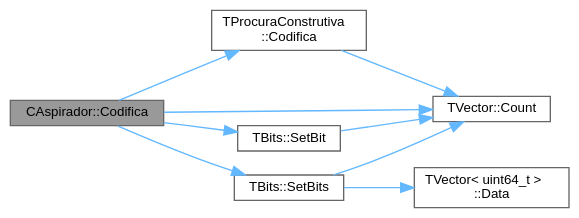
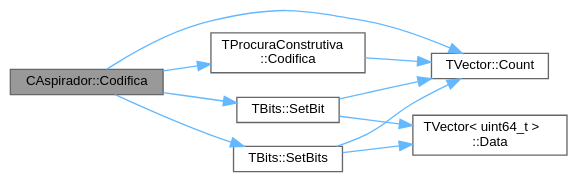
The diagram in classCAspirador_ad7297465671c94a4311fdf79c83df9f7_cgraph.dot (jcoelho72/TProcura), drawn with Graphviz before and after one commit. The commit also changed 34 other files, not shown here.

```diff
--- a/classCAspirador_ad7297465671c94a4311fdf79c83df9f7_cgraph.dot
+++ b/classCAspirador_ad7297465671c94a4311fdf79c83df9f7_cgraph.dot
@@ -1,22 +1,23 @@
 digraph "CAspirador::Codifica"
 {
  // LATEX_PDF_SIZE
   bgcolor="transparent";
   edge [fontname=Helvetica,fontsize=10,labelfontname=Helvetica,labelfontsize=10];
   node [fontname=Helvetica,fontsize=10,shape=box,height=0.2,width=0.4];
   rankdir="LR";
   Node1 [id="Node000001",label="CAspirador::Codifica",height=0.2,width=0.4,color="gray40", fillcolor="grey60", style="filled", fontcolor="black",tooltip="Codifica o estado para um vetor de inteiros de 64 bits."];
   Node1 -> Node2 [id="edge1_Node000001_Node000002",color="steelblue1",style="solid",tooltip=" "];
   Node2 [id="Node000002",label="TProcuraConstrutiva\l::Codifica",height=0.2,width=0.4,color="grey40", fillcolor="white", style="filled",URL="$group__RedefinicaoSugerida.html#ga3b3873fa9df6753fd408a8e11e932f9f",tooltip="Codifica o estado para um vetor de inteiros de 64 bits."];
   Node2 -> Node3 [id="edge2_Node000002_Node000003",color="steelblue1",style="solid",tooltip=" "];
   Node3 [id="Node000003",label="TVector::Count",height=0.2,width=0.4,color="grey40", fillcolor="white", style="filled",URL="$classTVector.html#ac3c744d84543ca6e32859eb7dfccfeef",tooltip=" "];
   Node1 -> Node3 [id="edge3_Node000001_Node000003",color="steelblue1",style="solid",tooltip=" "];
   Node1 -> Node4 [id="edge4_Node000001_Node000004",color="steelblue1",style="solid",tooltip=" "];
   Node4 [id="Node000004",label="TBits::SetBit",height=0.2,width=0.4,color="grey40", fillcolor="white", style="filled",URL="$classTBits.html#a56f27216c04bd7c4087178c197ad14b2",tooltip=" "];
   Node4 -> Node3 [id="edge5_Node000004_Node000003",color="steelblue1",style="solid",tooltip=" "];
-  Node1 -> Node5 [id="edge6_Node000001_Node000005",color="steelblue1",style="solid",tooltip=" "];
-  Node5 [id="Node000005",label="TBits::SetBits",height=0.2,width=0.4,color="grey40", fillcolor="white", style="filled",URL="$classTBits.html#a366d282c72debc57cc7e8ee33ae31095",tooltip=" "];
-  Node5 -> Node3 [id="edge7_Node000005_Node000003",color="steelblue1",style="solid",tooltip=" "];
-  Node5 -> Node6 [id="edge8_Node000005_Node000006",color="steelblue1",style="solid",tooltip=" "];
-  Node6 [id="Node000006",label="TVector\< uint64_t \>\l::Data",height=0.2,width=0.4,color="grey40", fillcolor="white", style="filled",URL="$classTVector.html#addd572d70b587092fddc21a8b0f53120",tooltip="Acesso direto."];
+  Node4 -> Node5 [id="edge6_Node000004_Node000005",color="steelblue1",style="solid",tooltip=" "];
+  Node5 [id="Node000005",label="TVector\< uint64_t \>\l::Data",height=0.2,width=0.4,color="grey40", fillcolor="white", style="filled",URL="$classTVector.html#addd572d70b587092fddc21a8b0f53120",tooltip="Acesso direto."];
+  Node1 -> Node6 [id="edge7_Node000001_Node000006",color="steelblue1",style="solid",tooltip=" "];
+  Node6 [id="Node000006",label="TBits::SetBits",height=0.2,width=0.4,color="grey40", fillcolor="white", style="filled",URL="$classTBits.html#a366d282c72debc57cc7e8ee33ae31095",tooltip=" "];
+  Node6 -> Node3 [id="edge8_Node000006_Node000003",color="steelblue1",style="solid",tooltip=" "];
+  Node6 -> Node5 [id="edge9_Node000006_Node000005",color="steelblue1",style="solid",tooltip=" "];
 }
```
